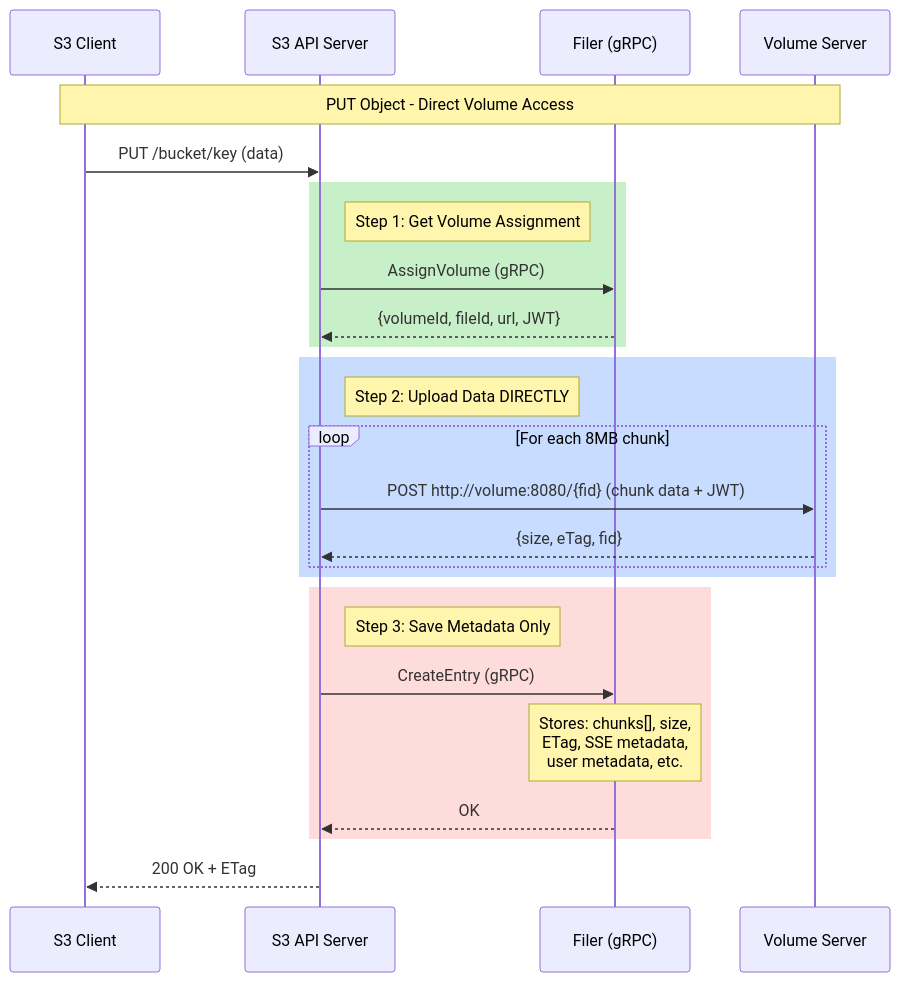
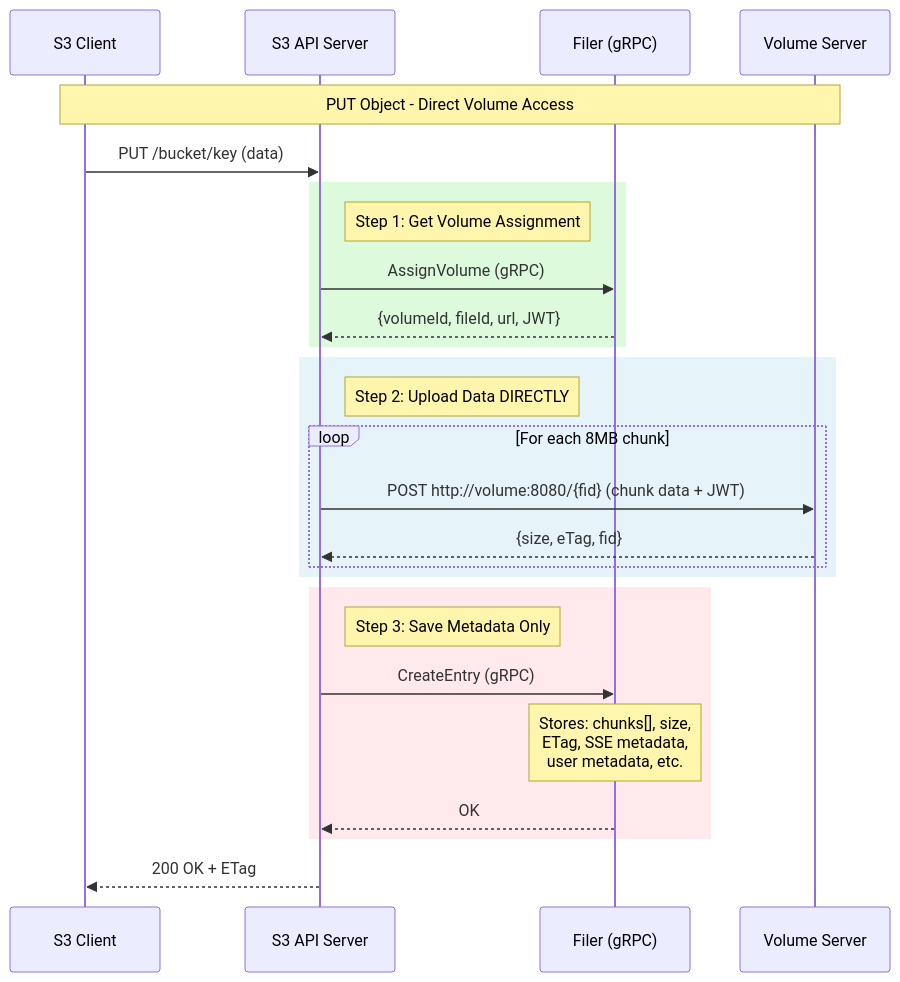
One commit to remidinishanth/distributed_systems changed the second of 4 diagrams in s3/seaweedFS/readme.md. Above: the diagram before and after it, drawn with Mermaid. The commit also changed other lines of this file, not shown here.

````diff
--- a/s3/seaweedFS/readme.md
+++ b/s3/seaweedFS/readme.md
@@ -172,34 +172,34 @@
 ```mermaid
 sequenceDiagram
     participant Client as S3 Client
     participant S3API as S3 API Server
     participant Filer as Filer (gRPC)
     participant Volume as Volume Server
 
     Note over Client,Volume: PUT Object - Direct Volume Access
 
     Client->>S3API: PUT /bucket/key (data)
 
-    rect rgb(200, 240, 200)
+    rect rgba(144, 238, 144, 0.3)
         Note right of S3API: Step 1: Get Volume Assignment
         S3API->>Filer: AssignVolume (gRPC)
         Filer-->>S3API: {volumeId, fileId, url, JWT}
     end
 
-    rect rgb(200, 220, 255)
+    rect rgba(173, 216, 230, 0.3)
         Note right of S3API: Step 2: Upload Data DIRECTLY
         loop For each 8MB chunk
             S3API->>Volume: POST http://volume:8080/{fid} (chunk data + JWT)
             Volume-->>S3API: {size, eTag, fid}
         end
     end
 
-    rect rgb(255, 220, 220)
+    rect rgba(255, 182, 193, 0.3)
         Note right of S3API: Step 3: Save Metadata Only
         S3API->>Filer: CreateEntry (gRPC)
         Note over Filer: Stores: chunks[], size,<br/>ETag, SSE metadata,<br/>user metadata, etc.
         Filer-->>S3API: OK
     end
 
     S3API-->>Client: 200 OK + ETag
 ```
````
